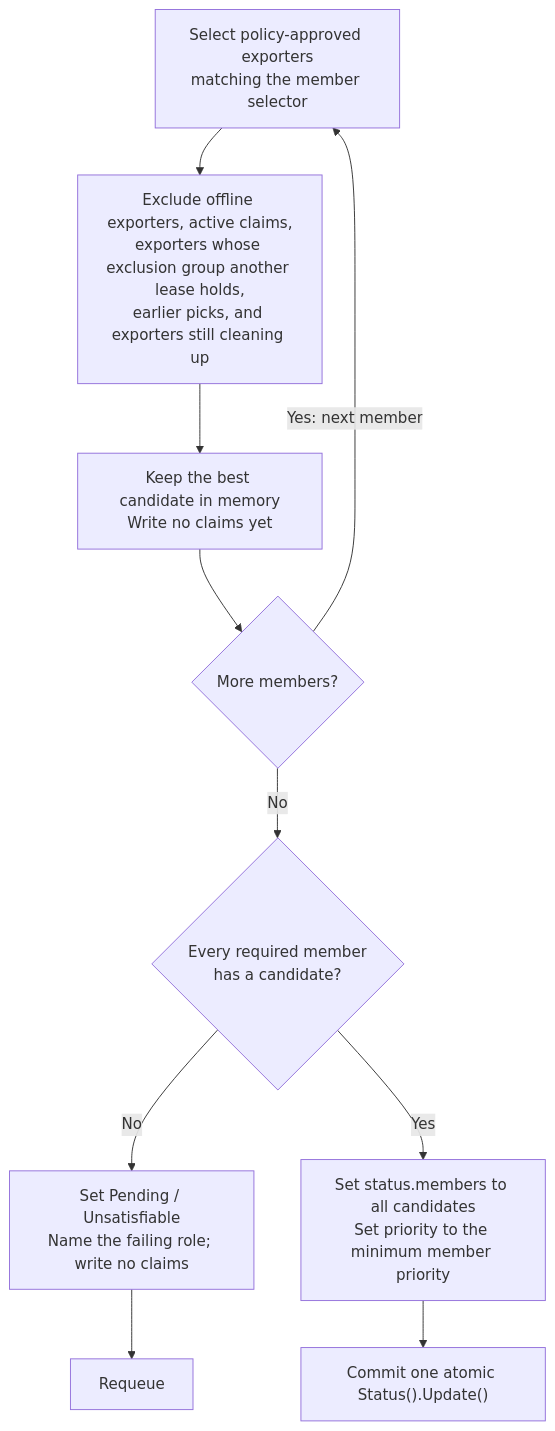
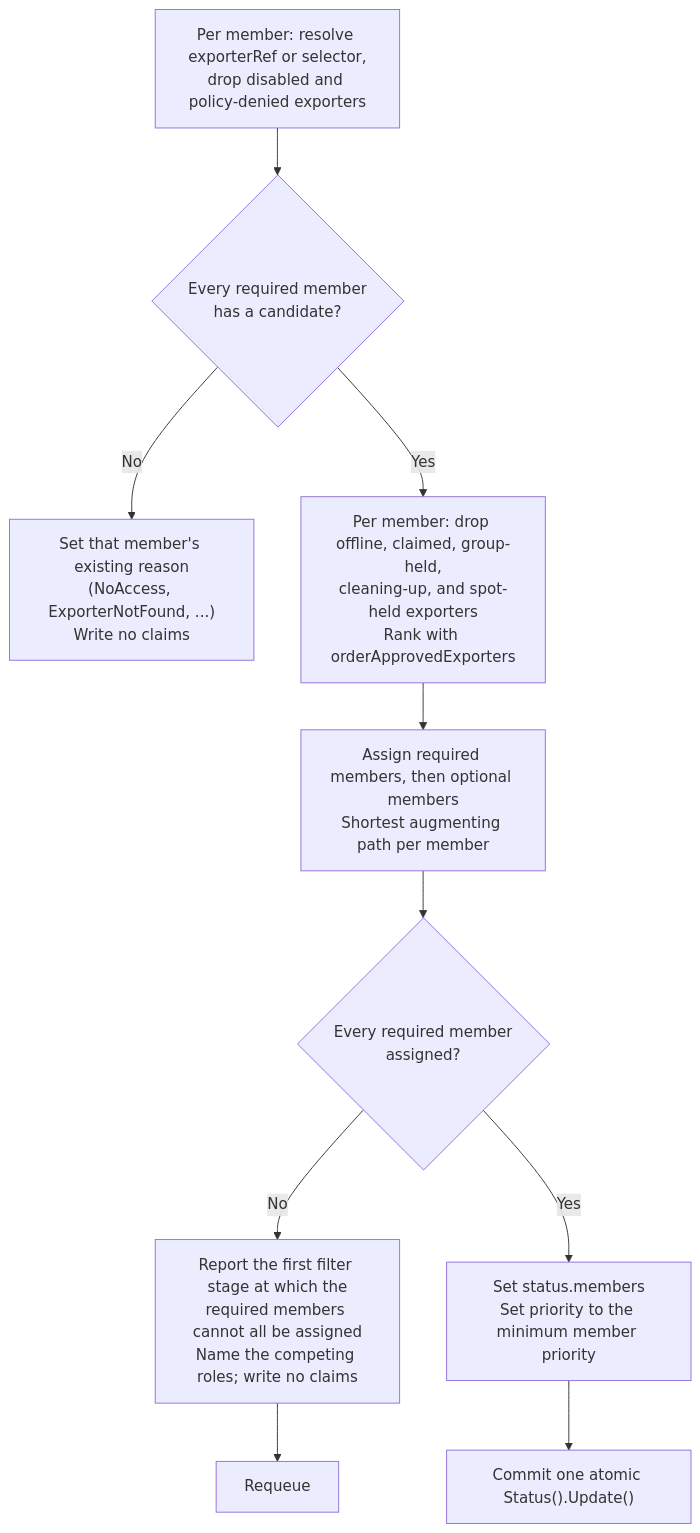
The second of 3 diagrams in docs/source/contributing/jeps/JEP-0015-multi-exporter-leases-port-forwarding.md (jumpstarter-dev/jumpstarter), drawn with Mermaid before and after one commit. The commit also changed other lines of this file, not shown here.

First line of the commit message:
docs(jep-0015): assign lease members by augmenting paths

````diff
--- a/docs/source/contributing/jeps/JEP-0015-multi-exporter-leases-port-forwarding.md
+++ b/docs/source/contributing/jeps/JEP-0015-multi-exporter-leases-port-forwarding.md
@@ -1482,18 +1514,19 @@
 ```{mermaid}
 flowchart TD
-    select["Select policy-approved exporters<br/>matching the member selector"]
-    filter["Exclude offline exporters, active claims,<br/>exporters whose exclusion group another lease holds,<br/>earlier picks, and exporters still cleaning up"]
-    candidate["Keep the best candidate in memory<br/>Write no claims yet"]
-    more{"More members?"}
-    complete{"Every required member<br/>has a candidate?"}
-    pending["Set Pending / Unsatisfiable<br/>Name the failing role; write no claims"]
+    resolve["Per member: resolve exporterRef or selector,<br/>drop disabled and policy-denied exporters"]
+    precheck{"Every required member<br/>has a candidate?"}
+    reject["Set that member's existing reason<br/>(NoAccess, ExporterNotFound, ...)<br/>Write no claims"]
+    filter["Per member: drop offline, claimed, group-held,<br/>cleaning-up, and spot-held exporters<br/>Rank with orderApprovedExporters"]
+    assign["Assign required members, then optional members<br/>Shortest augmenting path per member"]
+    complete{"Every required member<br/>assigned?"}
+    classify["Report the first filter stage at which the<br/>required members cannot all be assigned<br/>Name the competing roles; write no claims"]
     requeue["Requeue"]
-    bind["Set status.members to all candidates<br/>Set priority to the minimum member priority"]
+    bind["Set status.members<br/>Set priority to the minimum member priority"]
     commit["Commit one atomic Status().Update()"]
 
-    select --> filter --> candidate --> more
-    more -->|"Yes: next member"| select
-    more -->|No| complete
-    complete -->|No| pending --> requeue
+    resolve --> precheck
+    precheck -->|No| reject
+    precheck -->|Yes| filter --> assign --> complete
+    complete -->|No| classify --> requeue
     complete -->|Yes| bind --> commit
 ```
````
